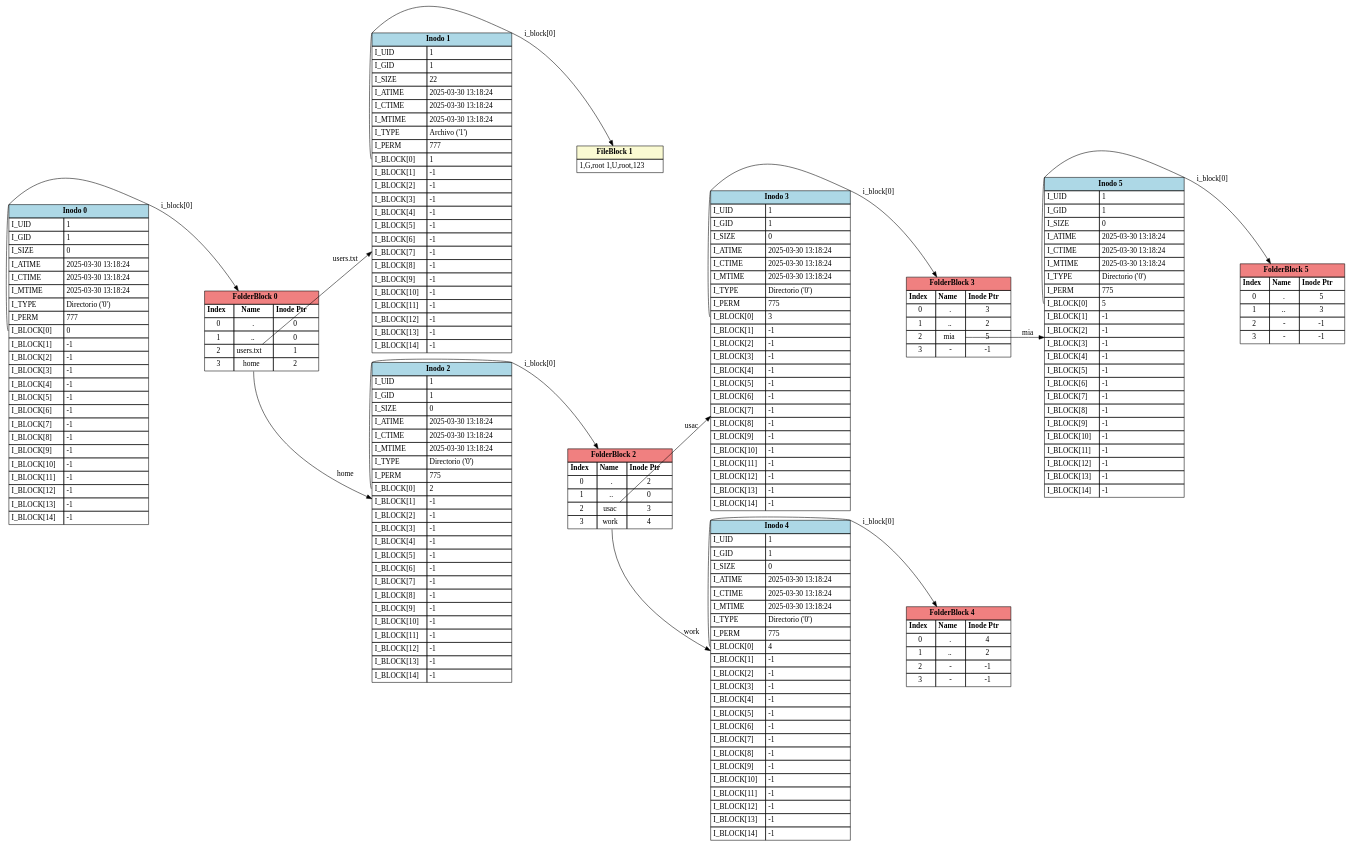
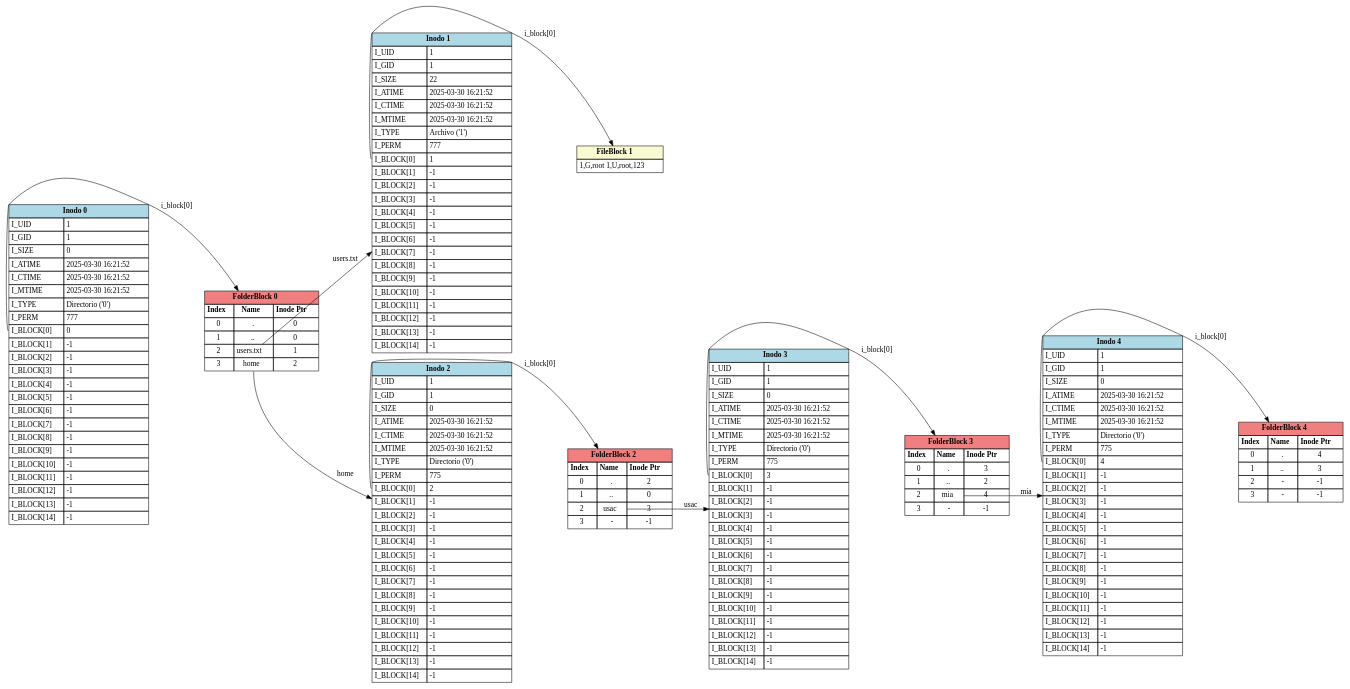
Before and after one commit to Ennero/MIA_1S2025_P1_202302220: the diagram in backend/output/report_tree.dot, drawn with Graphviz. The commit also changed 10 other files, not shown here.

```diff
--- a/backend/output/report_tree.dot
+++ b/backend/output/report_tree.dot
@@ -7,9 +7,9 @@
 <TR><TD ALIGN="LEFT">I_UID</TD><TD ALIGN="LEFT">1</TD></TR>
 <TR><TD ALIGN="LEFT">I_GID</TD><TD ALIGN="LEFT">1</TD></TR>
 <TR><TD ALIGN="LEFT">I_SIZE</TD><TD ALIGN="LEFT">0</TD></TR>
-<TR><TD ALIGN="LEFT">I_ATIME</TD><TD ALIGN="LEFT">2025-03-30 13:18:24</TD></TR>
-<TR><TD ALIGN="LEFT">I_CTIME</TD><TD ALIGN="LEFT">2025-03-30 13:18:24</TD></TR>
-<TR><TD ALIGN="LEFT">I_MTIME</TD><TD ALIGN="LEFT">2025-03-30 13:18:24</TD></TR>
+<TR><TD ALIGN="LEFT">I_ATIME</TD><TD ALIGN="LEFT">2025-03-30 16:21:52</TD></TR>
+<TR><TD ALIGN="LEFT">I_CTIME</TD><TD ALIGN="LEFT">2025-03-30 16:21:52</TD></TR>
+<TR><TD ALIGN="LEFT">I_MTIME</TD><TD ALIGN="LEFT">2025-03-30 16:21:52</TD></TR>
 <TR><TD ALIGN="LEFT">I_TYPE</TD><TD ALIGN="LEFT">Directorio ('0')</TD></TR>
 <TR><TD ALIGN="LEFT">I_PERM</TD><TD ALIGN="LEFT">777</TD></TR>
 <TR><TD ALIGN="LEFT" PORT="p0">I_BLOCK[0]</TD><TD ALIGN="LEFT">0</TD></TR>
@@ -47,9 +47,9 @@
 <TR><TD ALIGN="LEFT">I_UID</TD><TD ALIGN="LEFT">1</TD></TR>
 <TR><TD ALIGN="LEFT">I_GID</TD><TD ALIGN="LEFT">1</TD></TR>
 <TR><TD ALIGN="LEFT">I_SIZE</TD><TD ALIGN="LEFT">22</TD></TR>
-<TR><TD ALIGN="LEFT">I_ATIME</TD><TD ALIGN="LEFT">2025-03-30 13:18:24</TD></TR>
-<TR><TD ALIGN="LEFT">I_CTIME</TD><TD ALIGN="LEFT">2025-03-30 13:18:24</TD></TR>
-<TR><TD ALIGN="LEFT">I_MTIME</TD><TD ALIGN="LEFT">2025-03-30 13:18:24</TD></TR>
+<TR><TD ALIGN="LEFT">I_ATIME</TD><TD ALIGN="LEFT">2025-03-30 16:21:52</TD></TR>
+<TR><TD ALIGN="LEFT">I_CTIME</TD><TD ALIGN="LEFT">2025-03-30 16:21:52</TD></TR>
+<TR><TD ALIGN="LEFT">I_MTIME</TD><TD ALIGN="LEFT">2025-03-30 16:21:52</TD></TR>
 <TR><TD ALIGN="LEFT">I_TYPE</TD><TD ALIGN="LEFT">Archivo ('1')</TD></TR>
 <TR><TD ALIGN="LEFT">I_PERM</TD><TD ALIGN="LEFT">777</TD></TR>
 <TR><TD ALIGN="LEFT" PORT="p0">I_BLOCK[0]</TD><TD ALIGN="LEFT">1</TD></TR>
@@ -83,9 +83,9 @@
 <TR><TD ALIGN="LEFT">I_UID</TD><TD ALIGN="LEFT">1</TD></TR>
 <TR><TD ALIGN="LEFT">I_GID</TD><TD ALIGN="LEFT">1</TD></TR>
 <TR><TD ALIGN="LEFT">I_SIZE</TD><TD ALIGN="LEFT">0</TD></TR>
-<TR><TD ALIGN="LEFT">I_ATIME</TD><TD ALIGN="LEFT">2025-03-30 13:18:24</TD></TR>
-<TR><TD ALIGN="LEFT">I_CTIME</TD><TD ALIGN="LEFT">2025-03-30 13:18:24</TD></TR>
-<TR><TD ALIGN="LEFT">I_MTIME</TD><TD ALIGN="LEFT">2025-03-30 13:18:24</TD></TR>
+<TR><TD ALIGN="LEFT">I_ATIME</TD><TD ALIGN="LEFT">2025-03-30 16:21:52</TD></TR>
+<TR><TD ALIGN="LEFT">I_CTIME</TD><TD ALIGN="LEFT">2025-03-30 16:21:52</TD></TR>
+<TR><TD ALIGN="LEFT">I_MTIME</TD><TD ALIGN="LEFT">2025-03-30 16:21:52</TD></TR>
 <TR><TD ALIGN="LEFT">I_TYPE</TD><TD ALIGN="LEFT">Directorio ('0')</TD></TR>
 <TR><TD ALIGN="LEFT">I_PERM</TD><TD ALIGN="LEFT">775</TD></TR>
 <TR><TD ALIGN="LEFT" PORT="p0">I_BLOCK[0]</TD><TD ALIGN="LEFT">2</TD></TR>
@@ -113,7 +113,7 @@
 <TR><TD>0</TD><TD PORT="i0">.</TD><TD>2</TD></TR>
 <TR><TD>1</TD><TD PORT="i1">..</TD><TD>0</TD></TR>
 <TR><TD>2</TD><TD PORT="i2">usac</TD><TD>3</TD></TR>
-<TR><TD>3</TD><TD PORT="i3">work</TD><TD>4</TD></TR>
+<TR><TD>3</TD><TD PORT="i3">-</TD><TD>-1</TD></TR>
 </TABLE>
 >];
 	block_2:i2 -> inode_3 [label="usac"];
@@ -123,9 +123,9 @@
 <TR><TD ALIGN="LEFT">I_UID</TD><TD ALIGN="LEFT">1</TD></TR>
 <TR><TD ALIGN="LEFT">I_GID</TD><TD ALIGN="LEFT">1</TD></TR>
 <TR><TD ALIGN="LEFT">I_SIZE</TD><TD ALIGN="LEFT">0</TD></TR>
-<TR><TD ALIGN="LEFT">I_ATIME</TD><TD ALIGN="LEFT">2025-03-30 13:18:24</TD></TR>
-<TR><TD ALIGN="LEFT">I_CTIME</TD><TD ALIGN="LEFT">2025-03-30 13:18:24</TD></TR>
-<TR><TD ALIGN="LEFT">I_MTIME</TD><TD ALIGN="LEFT">2025-03-30 13:18:24</TD></TR>
+<TR><TD ALIGN="LEFT">I_ATIME</TD><TD ALIGN="LEFT">2025-03-30 16:21:52</TD></TR>
+<TR><TD ALIGN="LEFT">I_CTIME</TD><TD ALIGN="LEFT">2025-03-30 16:21:52</TD></TR>
+<TR><TD ALIGN="LEFT">I_MTIME</TD><TD ALIGN="LEFT">2025-03-30 16:21:52</TD></TR>
 <TR><TD ALIGN="LEFT">I_TYPE</TD><TD ALIGN="LEFT">Directorio ('0')</TD></TR>
 <TR><TD ALIGN="LEFT">I_PERM</TD><TD ALIGN="LEFT">775</TD></TR>
 <TR><TD ALIGN="LEFT" PORT="p0">I_BLOCK[0]</TD><TD ALIGN="LEFT">3</TD></TR>
@@ -152,60 +152,20 @@
 <TR><TD><B>Index</B></TD><TD><B>Name</B></TD><TD><B>Inode Ptr</B></TD></TR>
 <TR><TD>0</TD><TD PORT="i0">.</TD><TD>3</TD></TR>
 <TR><TD>1</TD><TD PORT="i1">..</TD><TD>2</TD></TR>
-<TR><TD>2</TD><TD PORT="i2">mia</TD><TD>5</TD></TR>
+<TR><TD>2</TD><TD PORT="i2">mia</TD><TD>4</TD></TR>
 <TR><TD>3</TD><TD PORT="i3">-</TD><TD>-1</TD></TR>
 </TABLE>
 >];
-	block_3:i2 -> inode_5 [label="mia"];
-	inode_5 [label=<
-<TABLE BORDER="0" CELLBORDER="1" CELLSPACING="0" CELLPADDING="4">
-<TR><TD COLSPAN="2" BGCOLOR="lightblue"><B>Inodo 5</B></TD></TR>
-<TR><TD ALIGN="LEFT">I_UID</TD><TD ALIGN="LEFT">1</TD></TR>
-<TR><TD ALIGN="LEFT">I_GID</TD><TD ALIGN="LEFT">1</TD></TR>
-<TR><TD ALIGN="LEFT">I_SIZE</TD><TD ALIGN="LEFT">0</TD></TR>
-<TR><TD ALIGN="LEFT">I_ATIME</TD><TD ALIGN="LEFT">2025-03-30 13:18:24</TD></TR>
-<TR><TD ALIGN="LEFT">I_CTIME</TD><TD ALIGN="LEFT">2025-03-30 13:18:24</TD></TR>
-<TR><TD ALIGN="LEFT">I_MTIME</TD><TD ALIGN="LEFT">2025-03-30 13:18:24</TD></TR>
-<TR><TD ALIGN="LEFT">I_TYPE</TD><TD ALIGN="LEFT">Directorio ('0')</TD></TR>
-<TR><TD ALIGN="LEFT">I_PERM</TD><TD ALIGN="LEFT">775</TD></TR>
-<TR><TD ALIGN="LEFT" PORT="p0">I_BLOCK[0]</TD><TD ALIGN="LEFT">5</TD></TR>
-<TR><TD ALIGN="LEFT" PORT="p1">I_BLOCK[1]</TD><TD ALIGN="LEFT">-1</TD></TR>
-<TR><TD ALIGN="LEFT" PORT="p2">I_BLOCK[2]</TD><TD ALIGN="LEFT">-1</TD></TR>
-<TR><TD ALIGN="LEFT" PORT="p3">I_BLOCK[3]</TD><TD ALIGN="LEFT">-1</TD></TR>
-<TR><TD ALIGN="LEFT" PORT="p4">I_BLOCK[4]</TD><TD ALIGN="LEFT">-1</TD></TR>
-<TR><TD ALIGN="LEFT" PORT="p5">I_BLOCK[5]</TD><TD ALIGN="LEFT">-1</TD></TR>
-<TR><TD ALIGN="LEFT" PORT="p6">I_BLOCK[6]</TD><TD ALIGN="LEFT">-1</TD></TR>
-<TR><TD ALIGN="LEFT" PORT="p7">I_BLOCK[7]</TD><TD ALIGN="LEFT">-1</TD></TR>
-<TR><TD ALIGN="LEFT" PORT="p8">I_BLOCK[8]</TD><TD ALIGN="LEFT">-1</TD></TR>
-<TR><TD ALIGN="LEFT" PORT="p9">I_BLOCK[9]</TD><TD ALIGN="LEFT">-1</TD></TR>
-<TR><TD ALIGN="LEFT" PORT="p10">I_BLOCK[10]</TD><TD ALIGN="LEFT">-1</TD></TR>
-<TR><TD ALIGN="LEFT" PORT="p11">I_BLOCK[11]</TD><TD ALIGN="LEFT">-1</TD></TR>
-<TR><TD ALIGN="LEFT" PORT="p12">I_BLOCK[12]</TD><TD ALIGN="LEFT">-1</TD></TR>
-<TR><TD ALIGN="LEFT" PORT="p13">I_BLOCK[13]</TD><TD ALIGN="LEFT">-1</TD></TR>
-<TR><TD ALIGN="LEFT" PORT="p14">I_BLOCK[14]</TD><TD ALIGN="LEFT">-1</TD></TR>
-</TABLE>
->];
-	inode_5:p0 -> block_5 [label="i_block[0]"];
-	block_5 [label=<
-<TABLE BORDER="0" CELLBORDER="1" CELLSPACING="0" CELLPADDING="4">
-<TR><TD COLSPAN="3" BGCOLOR="lightcoral"><B>FolderBlock 5</B></TD></TR>
-<TR><TD><B>Index</B></TD><TD><B>Name</B></TD><TD><B>Inode Ptr</B></TD></TR>
-<TR><TD>0</TD><TD PORT="i0">.</TD><TD>5</TD></TR>
-<TR><TD>1</TD><TD PORT="i1">..</TD><TD>3</TD></TR>
-<TR><TD>2</TD><TD PORT="i2">-</TD><TD>-1</TD></TR>
-<TR><TD>3</TD><TD PORT="i3">-</TD><TD>-1</TD></TR>
-</TABLE>
->];
-	block_2:i3 -> inode_4 [label="work"];
+	block_3:i2 -> inode_4 [label="mia"];
 	inode_4 [label=<
 <TABLE BORDER="0" CELLBORDER="1" CELLSPACING="0" CELLPADDING="4">
 <TR><TD COLSPAN="2" BGCOLOR="lightblue"><B>Inodo 4</B></TD></TR>
 <TR><TD ALIGN="LEFT">I_UID</TD><TD ALIGN="LEFT">1</TD></TR>
 <TR><TD ALIGN="LEFT">I_GID</TD><TD ALIGN="LEFT">1</TD></TR>
 <TR><TD ALIGN="LEFT">I_SIZE</TD><TD ALIGN="LEFT">0</TD></TR>
-<TR><TD ALIGN="LEFT">I_ATIME</TD><TD ALIGN="LEFT">2025-03-30 13:18:24</TD></TR>
-<TR><TD ALIGN="LEFT">I_CTIME</TD><TD ALIGN="LEFT">2025-03-30 13:18:24</TD></TR>
-<TR><TD ALIGN="LEFT">I_MTIME</TD><TD ALIGN="LEFT">2025-03-30 13:18:24</TD></TR>
+<TR><TD ALIGN="LEFT">I_ATIME</TD><TD ALIGN="LEFT">2025-03-30 16:21:52</TD></TR>
+<TR><TD ALIGN="LEFT">I_CTIME</TD><TD ALIGN="LEFT">2025-03-30 16:21:52</TD></TR>
+<TR><TD ALIGN="LEFT">I_MTIME</TD><TD ALIGN="LEFT">2025-03-30 16:21:52</TD></TR>
 <TR><TD ALIGN="LEFT">I_TYPE</TD><TD ALIGN="LEFT">Directorio ('0')</TD></TR>
 <TR><TD ALIGN="LEFT">I_PERM</TD><TD ALIGN="LEFT">775</TD></TR>
 <TR><TD ALIGN="LEFT" PORT="p0">I_BLOCK[0]</TD><TD ALIGN="LEFT">4</TD></TR>
@@ -231,7 +191,7 @@
 <TR><TD COLSPAN="3" BGCOLOR="lightcoral"><B>FolderBlock 4</B></TD></TR>
 <TR><TD><B>Index</B></TD><TD><B>Name</B></TD><TD><B>Inode Ptr</B></TD></TR>
 <TR><TD>0</TD><TD PORT="i0">.</TD><TD>4</TD></TR>
-<TR><TD>1</TD><TD PORT="i1">..</TD><TD>2</TD></TR>
+<TR><TD>1</TD><TD PORT="i1">..</TD><TD>3</TD></TR>
 <TR><TD>2</TD><TD PORT="i2">-</TD><TD>-1</TD></TR>
 <TR><TD>3</TD><TD PORT="i3">-</TD><TD>-1</TD></TR>
 </TABLE>
```
